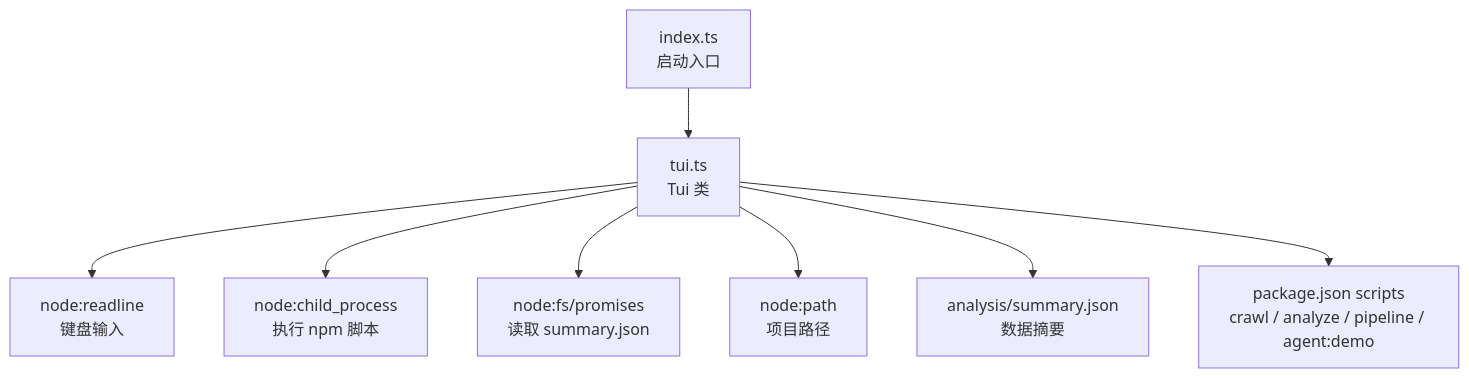
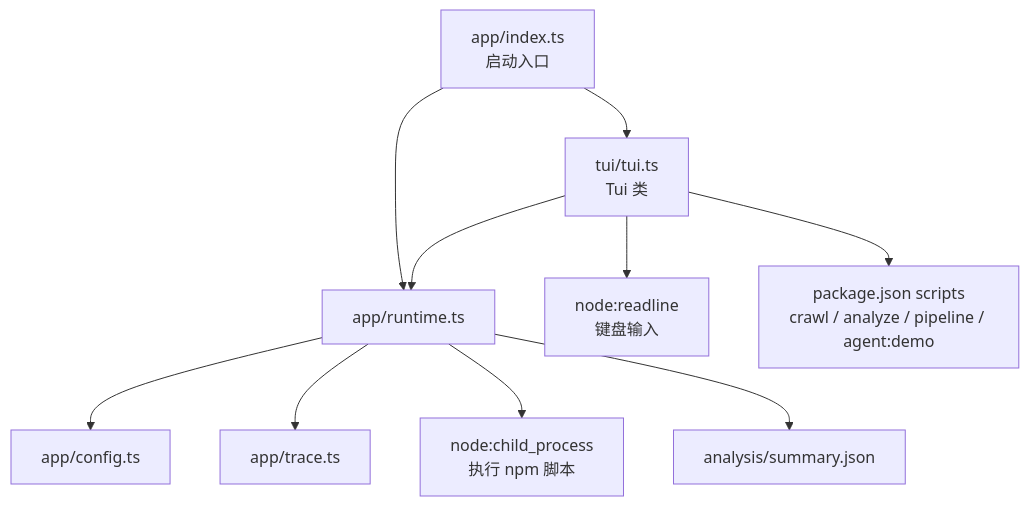
Before and after one commit to zws2005/douban-top250-crawler: the diagram in src/app/tui/tui.md, drawn with Mermaid. The commit also changed other lines of this file and 13 other files, not shown here.

Commit message:
feat: add app runtime config tracing and prompt modules

````diff
--- a/src/app/tui/tui.md
+++ b/src/app/tui/tui.md
@@ -26,10 +32,12 @@
 ```mermaid
 graph TD
-  INDEX["index.ts<br/>启动入口"] --> TUI["tui.ts<br/>Tui 类"]
+  INDEX["app/index.ts<br/>启动入口"] --> RUNTIME["app/runtime.ts"]
+  INDEX --> TUI["tui/tui.ts<br/>Tui 类"]
+  TUI --> RUNTIME
+  RUNTIME --> CONFIG["app/config.ts"]
+  RUNTIME --> TRACE["app/trace.ts"]
+  RUNTIME --> CHILD["node:child_process<br/>执行 npm 脚本"]
+  RUNTIME --> SUMMARY["analysis/summary.json"]
   TUI --> READLINE["node:readline<br/>键盘输入"]
-  TUI --> CHILD["node:child_process<br/>执行 npm 脚本"]
-  TUI --> FS["node:fs/promises<br/>读取 summary.json"]
-  TUI --> PATH["node:path<br/>项目路径"]
-  TUI --> SUMMARY["analysis/summary.json<br/>数据摘要"]
   TUI --> SCRIPTS["package.json scripts<br/>crawl / analyze / pipeline / agent:demo"]
 ```
````
